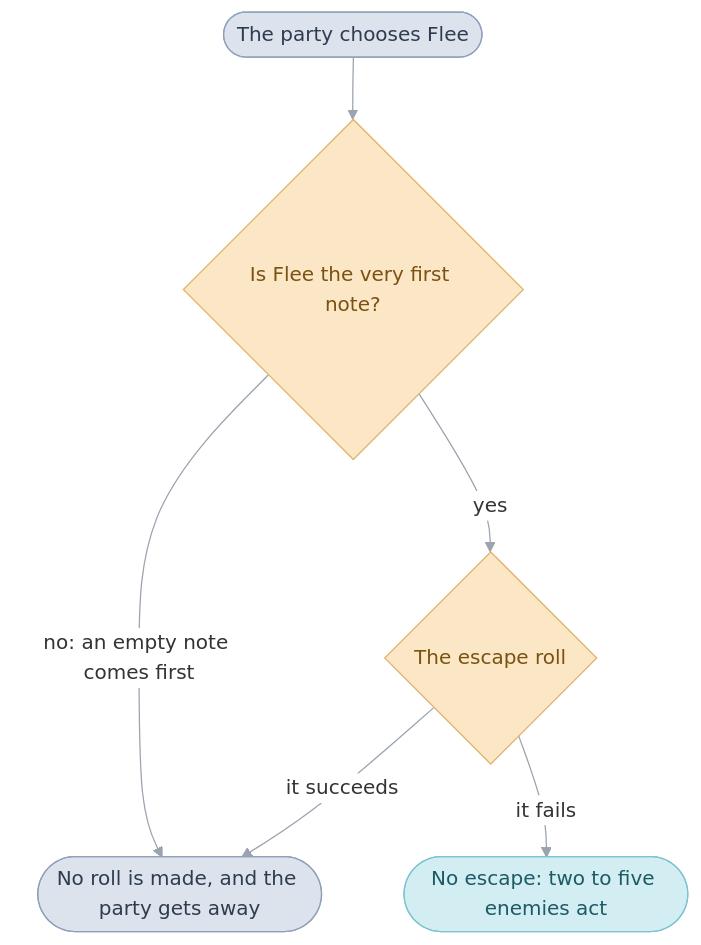
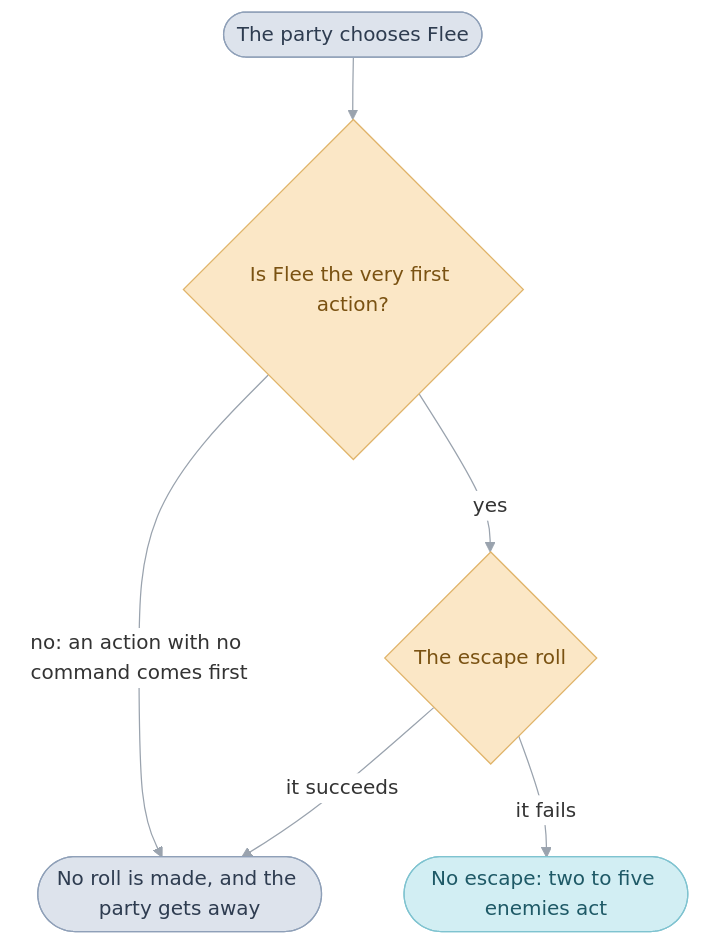
Before and after one commit to PascalPixel/alchemy: the fourth of 6 diagrams in games/tbs/src/battle/README.md, drawn with Mermaid. The commit also changed other lines of this file and 20 other files, not shown here.

````diff
--- a/games/tbs/src/battle/README.md
+++ b/games/tbs/src/battle/README.md
@@ -369,15 +370,15 @@
 ```mermaid
 %%{init: {"theme": "base", "themeVariables": {"lineColor": "#9AA3AE", "edgeLabelBackground": "#FFFFFF"}, "flowchart": {"curve": "basis", "padding": 12}}}%%
 flowchart TD
-  flee(["The party chooses Flee"]) --> firstnote{"Is Flee the very first note?"}
+  flee(["The party chooses Flee"]) --> firstnote{"Is Flee the very first action?"}
   firstnote -- "yes" --> roll{"The escape roll"}
-  firstnote -- "no: an empty note comes first" --> away(["No roll is made, and the party gets away"])
+  firstnote -- "no: an action with no command comes first" --> away(["No roll is made, and the party gets away"])
   roll -- "it succeeds" --> away
   roll -- "it fails" --> stuck(["No escape: two to five enemies act"])
   classDef sequence fill:#DDE3EC,stroke:#8FA0B8,color:#2E3C50
   classDef frame fill:#FBE7C6,stroke:#E0B46A,color:#7A5212
   classDef turn fill:#D2EEF3,stroke:#7FC3D0,color:#1E5966
   class flee,away sequence
   class firstnote,roll frame
   class stuck turn
 ```
````
